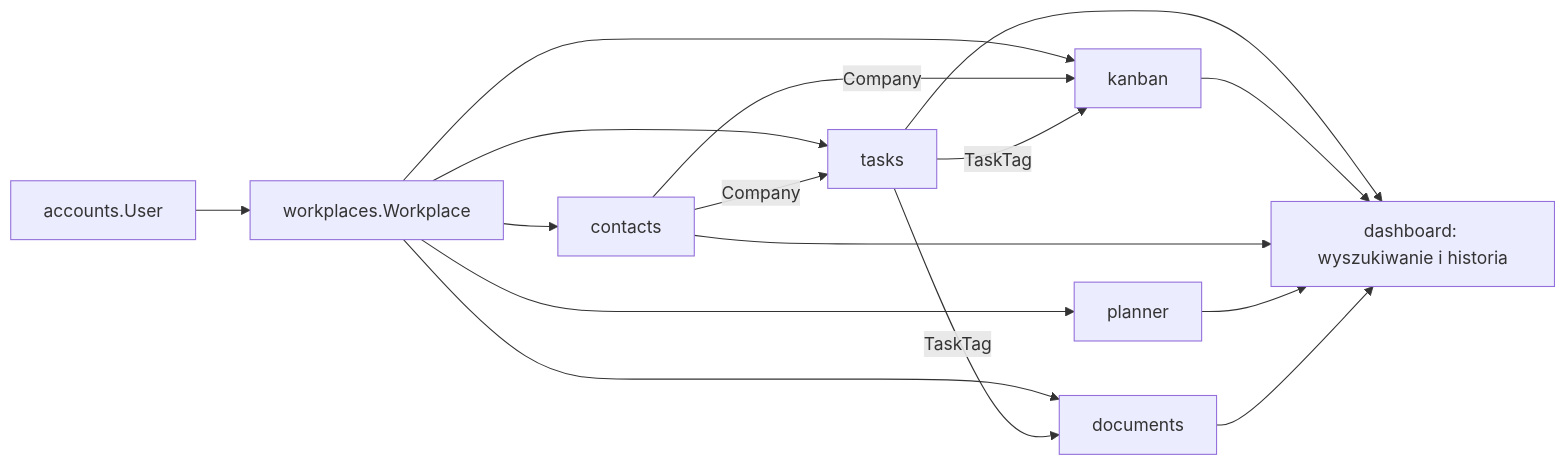
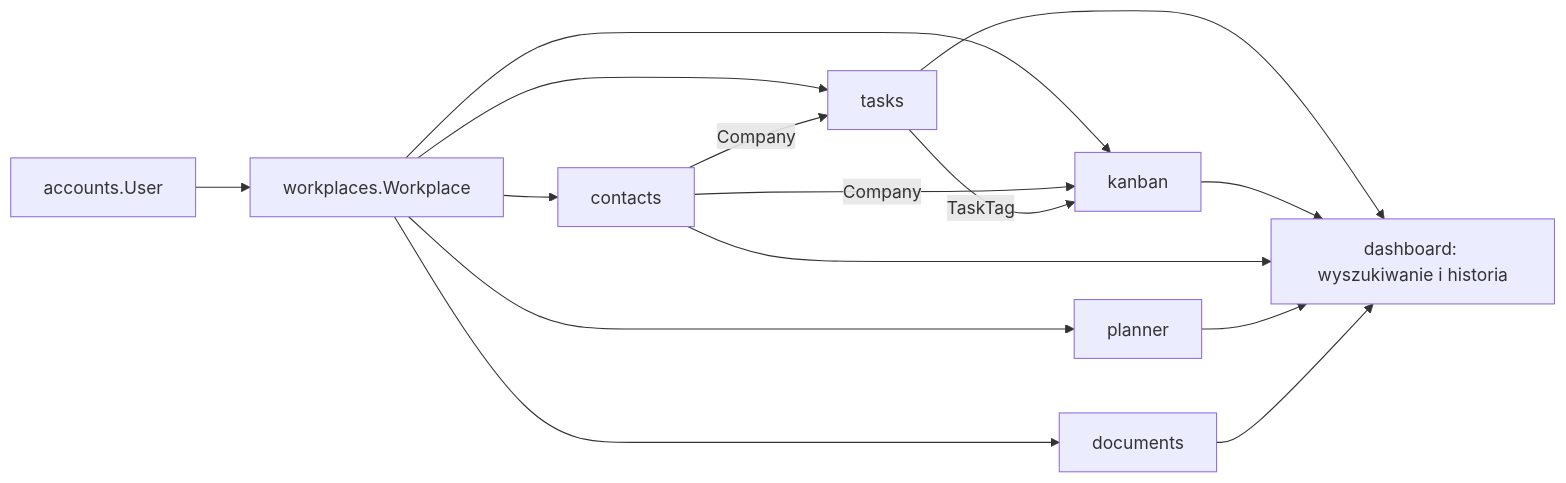
One commit to KreanOff/ancore changed the second of 2 diagrams in docs/ARCHITECTURE.md. Above: the diagram before and after it, drawn with Mermaid. The commit also changed other lines of this file and 42 other files, not shown here.

````diff
--- a/docs/ARCHITECTURE.md
+++ b/docs/ARCHITECTURE.md
@@ -95,18 +95,17 @@
 ```mermaid
 flowchart LR
     A[accounts.User] --> W[workplaces.Workplace]
     W --> T[tasks]
     W --> K[kanban]
     W --> C[contacts]
     W --> P[planner]
     W --> D[documents]
     C -->|Company| T
     C -->|Company| K
     T -->|TaskTag| K
-    T -->|TaskTag| D
     T --> H[dashboard: wyszukiwanie i historia]
     K --> H
     C --> H
     P --> H
     D --> H
 ```
````
